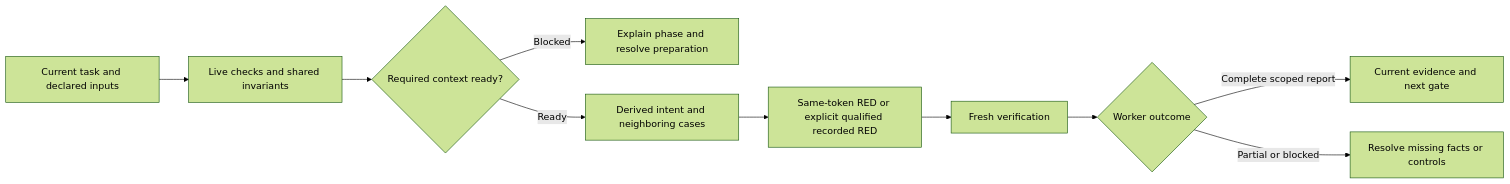
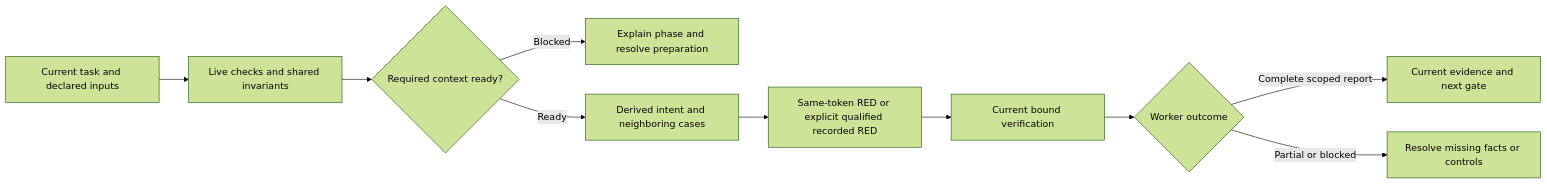
One commit to wgentil/devflow changed the diagram in skills/build-work/SKILL.md. Above: the diagram before and after it, drawn with Mermaid (forest theme). The commit also changed other lines of this file and 42 other files, not shown here.

````diff
--- a/skills/build-work/SKILL.md
+++ b/skills/build-work/SKILL.md
@@ -16,12 +16,12 @@
 ```mermaid
 flowchart LR
     Scope[Current task and declared inputs] --> Checks[Live checks and shared invariants]
     Checks --> Prep{Required context ready?}
     Prep -->|Blocked| Context[Explain phase and resolve preparation]
     Prep -->|Ready| Contract[Derived intent and neighboring cases]
     Contract --> Source[Same-token RED or explicit qualified recorded RED]
-    Source --> Work[Fresh verification]
+    Source --> Work[Current bound verification]
     Work --> Result{Worker outcome}
     Result -->|Complete scoped report| Evidence[Current evidence and next gate]
     Result -->|Partial or blocked| Recover[Resolve missing facts or controls]
 ```
````
